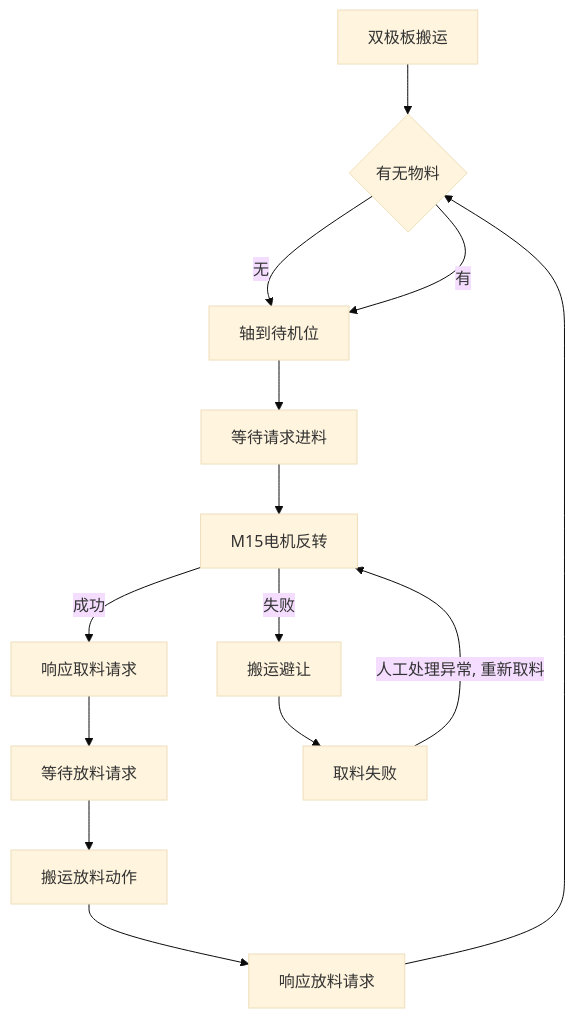
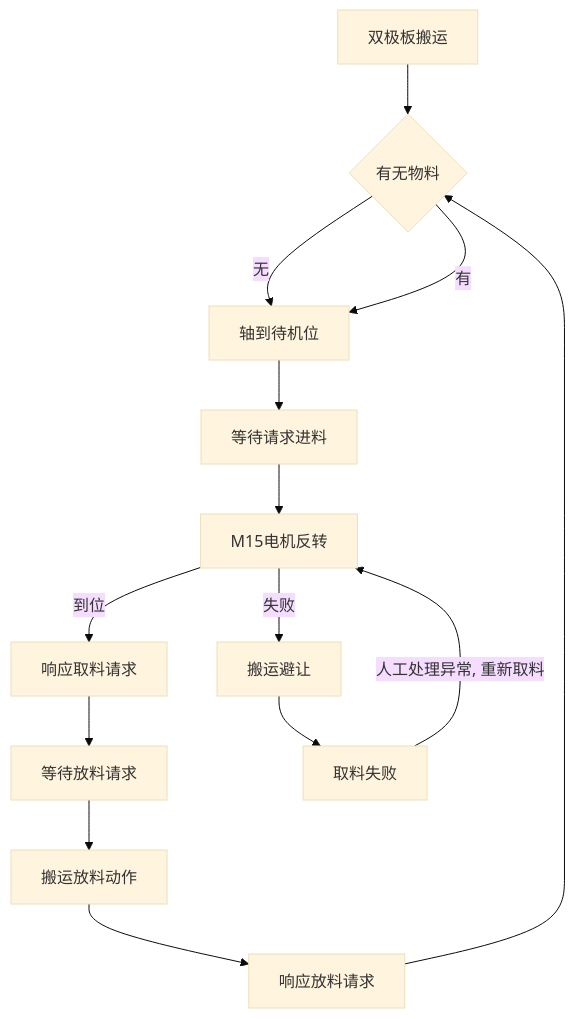
The diagram in all/未命名-1.md (PengKun1/iodraw-files), drawn with Mermaid (base theme) before and after one commit.

Commit message:
2024-08-20 11:00:40 update

````diff
--- a/all/未命名-1.md
+++ b/all/未命名-1.md
@@ -1,18 +1,18 @@
 ```mermaid
 graph TD
 0[双极板搬运]-->10
 10{有无物料}-->|无|20
 10-->|有|20
 20[轴到待机位]-->30
 30[等待请求进料]-->40
-40[M15电机反转]-->|成功|50
+40[M15电机反转]-->|到位|50
 40-->|失败|90
 50[响应取料请求]-->60
 60[等待放料请求]-->70
 70[搬运放料动作]-->80
 80[响应放料请求]-->10
 
 90[搬运避让]-->900
 
 900[取料失败]-->|人工处理异常, 重新取料|40
 ```
````
